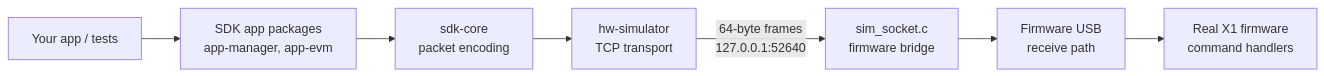
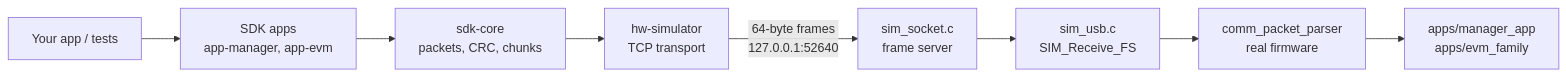
The diagram in README.md (XSTRANGER-7/cypherock-simulator-bridge), drawn with Mermaid before and after one commit. The commit also changed other lines of this file and 49 other files, not shown here.

````diff
--- a/README.md
+++ b/README.md
@@ -26,9 +47,10 @@
 ```mermaid
 flowchart LR
-  A[Your app / tests] --> B[SDK app packages<br/>app-manager, app-evm]
-  B --> C[sdk-core<br/>packet encoding]
+  A[Your app / tests] --> B[SDK apps<br/>app-manager, app-evm]
+  B --> C[sdk-core<br/>packets, CRC, chunks]
   C --> D[hw-simulator<br/>TCP transport]
-  D -- 64-byte frames<br/>127.0.0.1:52640 --> E[sim_socket.c<br/>firmware bridge]
-  E --> F[Firmware USB<br/>receive path]
-  F --> G[Real X1 firmware<br/>command handlers]
+  D -- 64-byte frames<br/>127.0.0.1:52640 --> E[sim_socket.c<br/>frame server]
+  E --> F[sim_usb.c<br/>SIM_Receive_FS]
+  F --> G[comm_packet_parser<br/>real firmware]
+  G --> H[apps/manager_app<br/>apps/evm_family]
 ```
````
